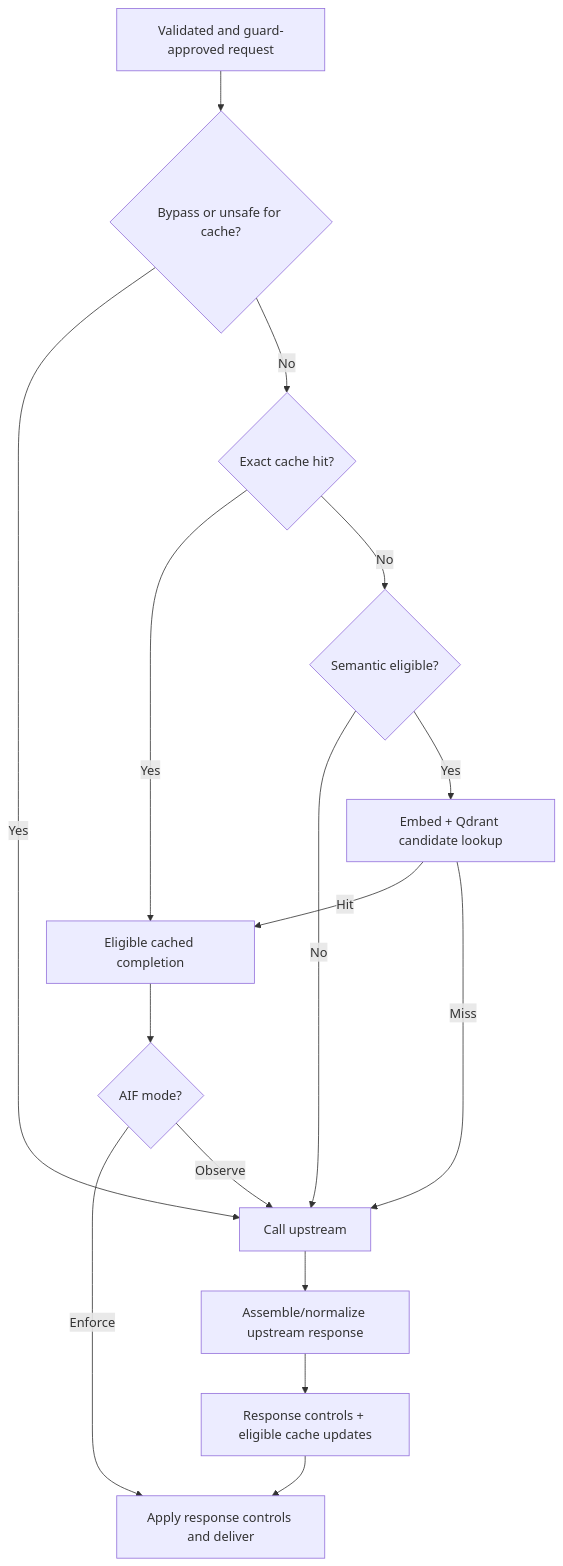
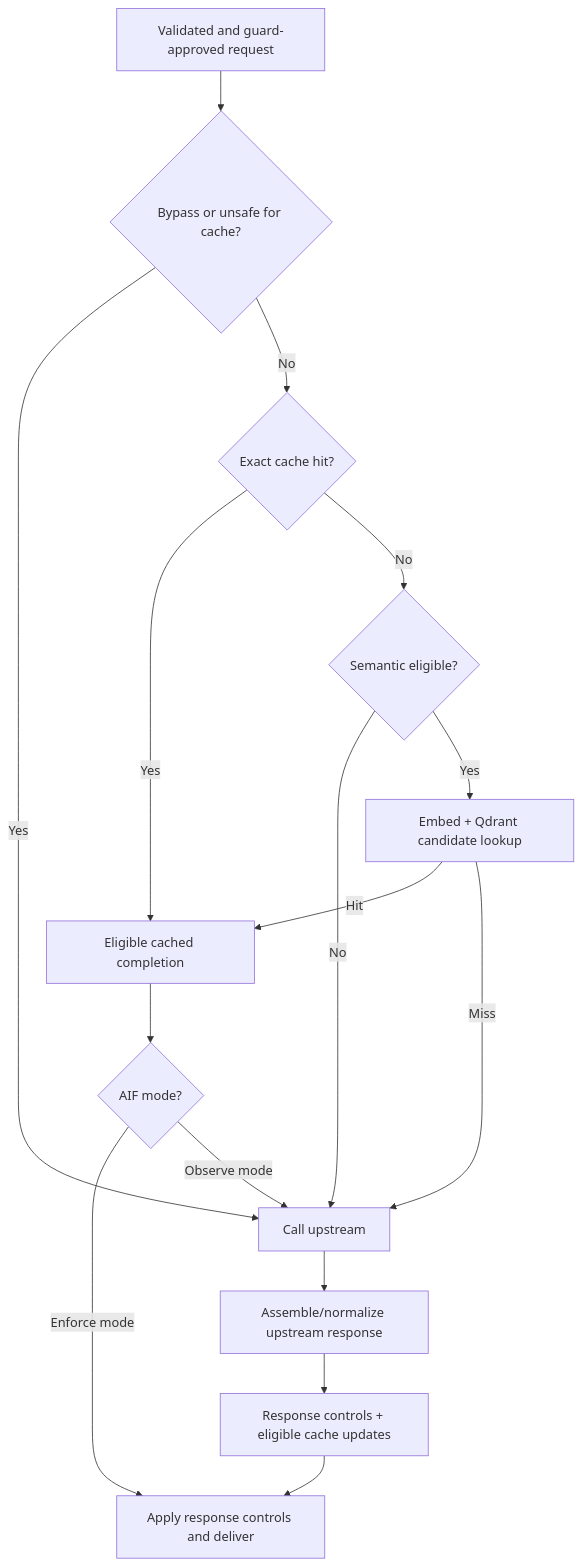
Before and after one commit to vcal-project/ai-firewall: the diagram in docs/how-it-works.md, drawn with Mermaid. The commit also changed other lines of this file and 2 other files, not shown here.

Commit message:
docs: align architecture and onboarding with AIF website

````diff
--- a/docs/how-it-works.md
+++ b/docs/how-it-works.md
@@ -26,18 +29,18 @@
 ```mermaid
 flowchart TD
     A[Validated and guard-approved request] --> B{Bypass or unsafe for cache?}
     B -->|Yes| U[Call upstream]
     B -->|No| C{Exact cache hit?}
     C -->|Yes| D[Eligible cached completion]
     C -->|No| E{Semantic eligible?}
     E -->|No| U
     E -->|Yes| F[Embed + Qdrant candidate lookup]
     F -->|Hit| D
     F -->|Miss| U
     D --> G{AIF mode?}
-    G -->|Enforce| R[Apply response controls and deliver]
-    G -->|Observe| U
+    G -->|Enforce mode| R[Apply response controls and deliver]
+    G -->|Observe mode| U
     U --> H[Assemble/normalize upstream response]
     H --> J[Response controls + eligible cache updates]
     J --> R
 ```
````
